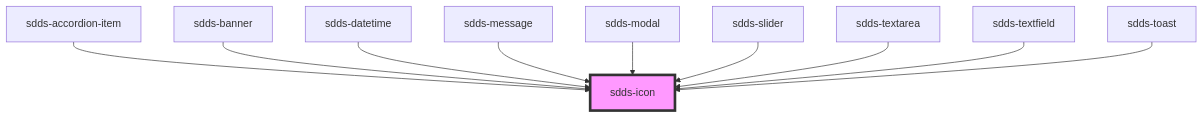
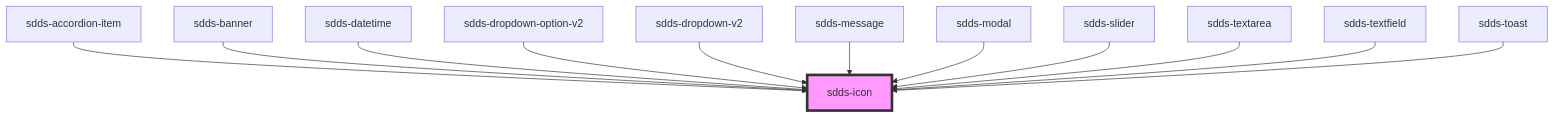
Before and after one commit to scania-digital-design-system/sdds: the diagram in tegel/src/components/icon/readme.md, drawn with Mermaid. The commit also changed other lines of this file and 7 other files, not shown here.

````diff
--- a/tegel/src/components/icon/readme.md
+++ b/tegel/src/components/icon/readme.md
@@ -31,13 +33,15 @@
 ```mermaid
 graph TD;
   sdds-accordion-item --> sdds-icon
   sdds-banner --> sdds-icon
   sdds-datetime --> sdds-icon
+  sdds-dropdown-option-v2 --> sdds-icon
+  sdds-dropdown-v2 --> sdds-icon
   sdds-message --> sdds-icon
   sdds-modal --> sdds-icon
   sdds-slider --> sdds-icon
   sdds-textarea --> sdds-icon
   sdds-textfield --> sdds-icon
   sdds-toast --> sdds-icon
   style sdds-icon fill:#f9f,stroke:#333,stroke-width:4px
 ```
````
